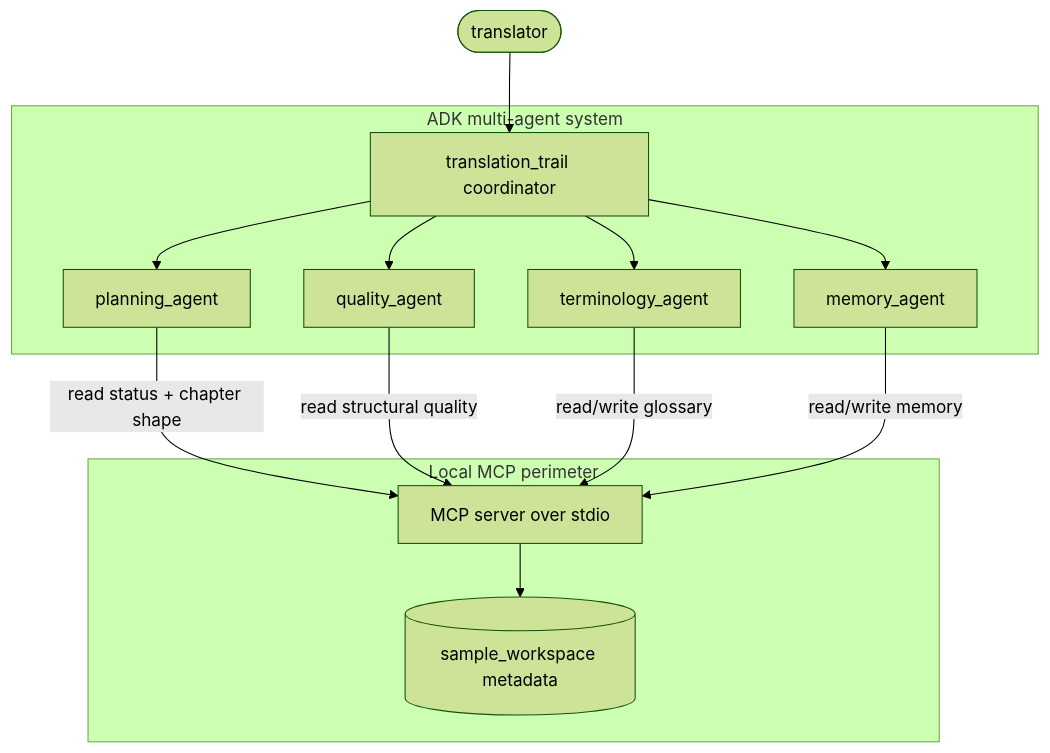
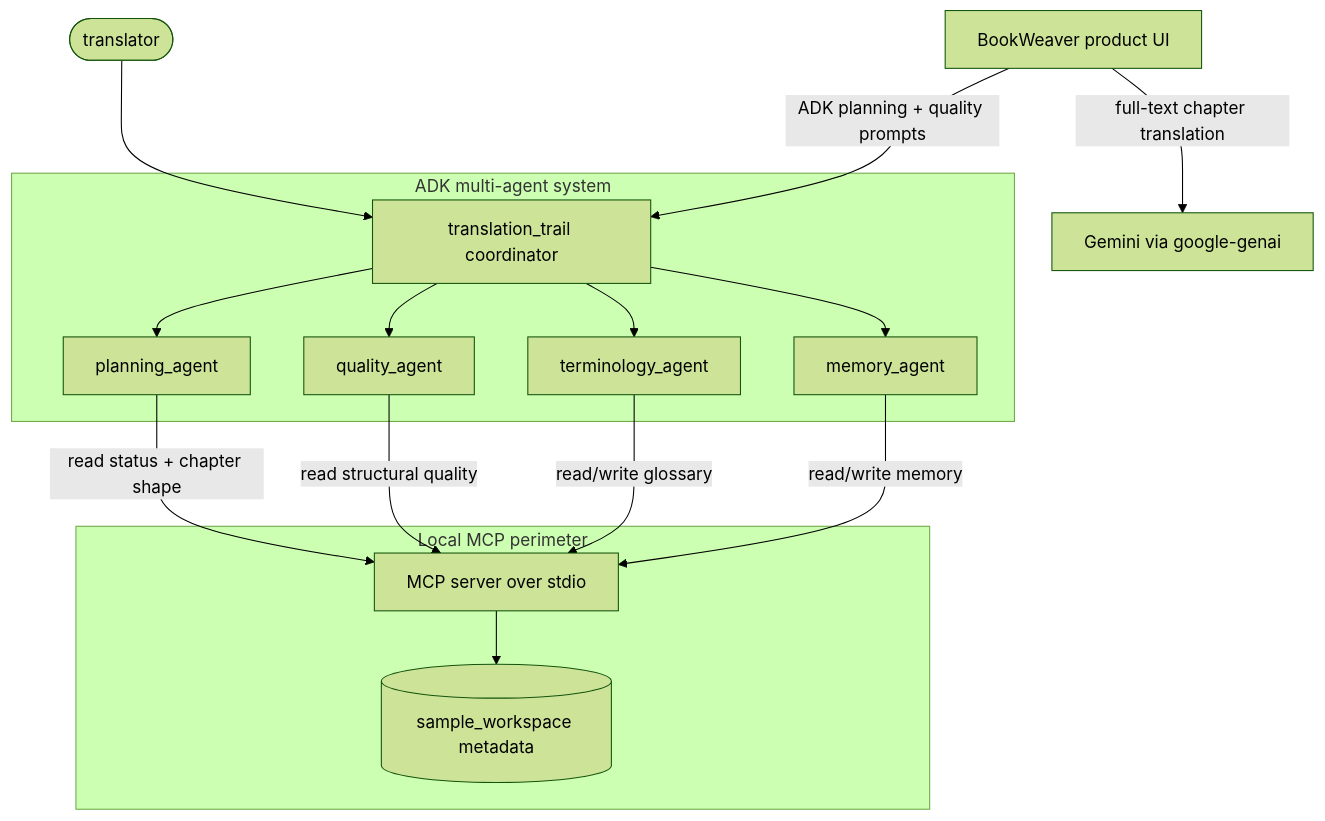
The diagram in README.md (physicstellyou1928/bookweaver-studio), drawn with Mermaid (forest theme) before and after one commit. The commit also changed other lines of this file and 9 other files, not shown here.

Commit message:
Connect product UI to ADK agent checks

````diff
--- a/README.md
+++ b/README.md
@@ -52,22 +52,25 @@
 ```mermaid
 flowchart TD
     U([translator]) --> R[translation_trail coordinator]
 
     subgraph ADK multi-agent system
         R --> P[planning_agent]
         R --> T[terminology_agent]
         R --> M[memory_agent]
         R --> Q[quality_agent]
     end
 
     subgraph Local MCP perimeter
         S[MCP server over stdio]
         D[(sample_workspace metadata)]
     end
 
     P -->|read status + chapter shape| S
     Q -->|read structural quality| S
     T -->|read/write glossary| S
     M -->|read/write memory| S
     S --> D
+
+    UI[BookWeaver product UI] -->|ADK planning + quality prompts| R
+    UI -->|full-text chapter translation| G[Gemini via google-genai]
 ```
````
